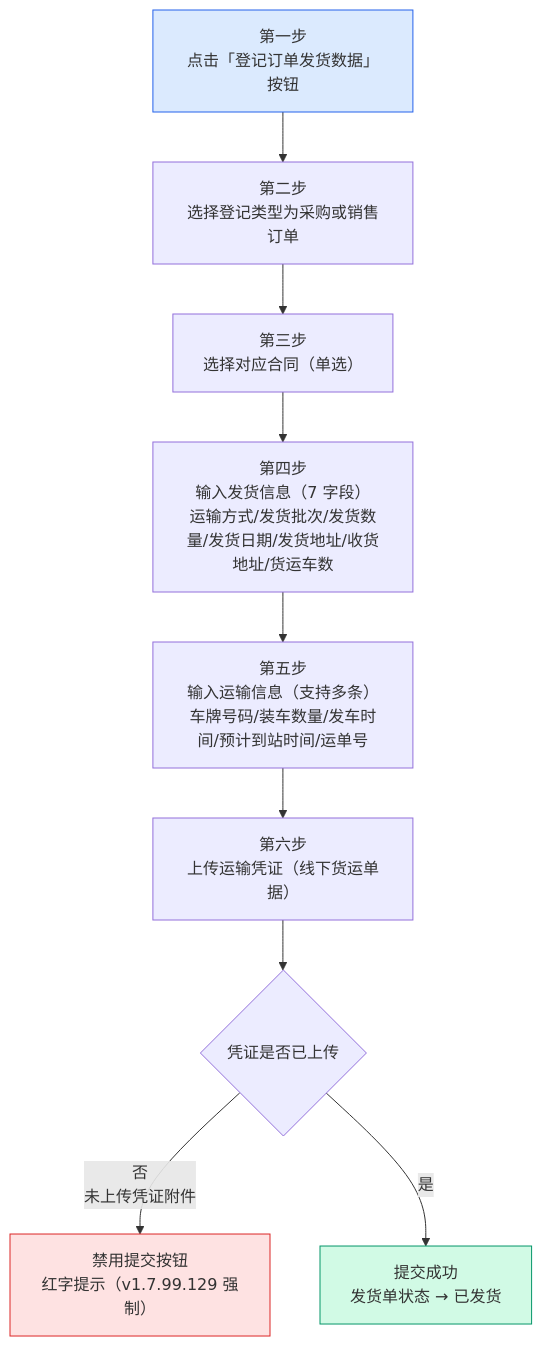
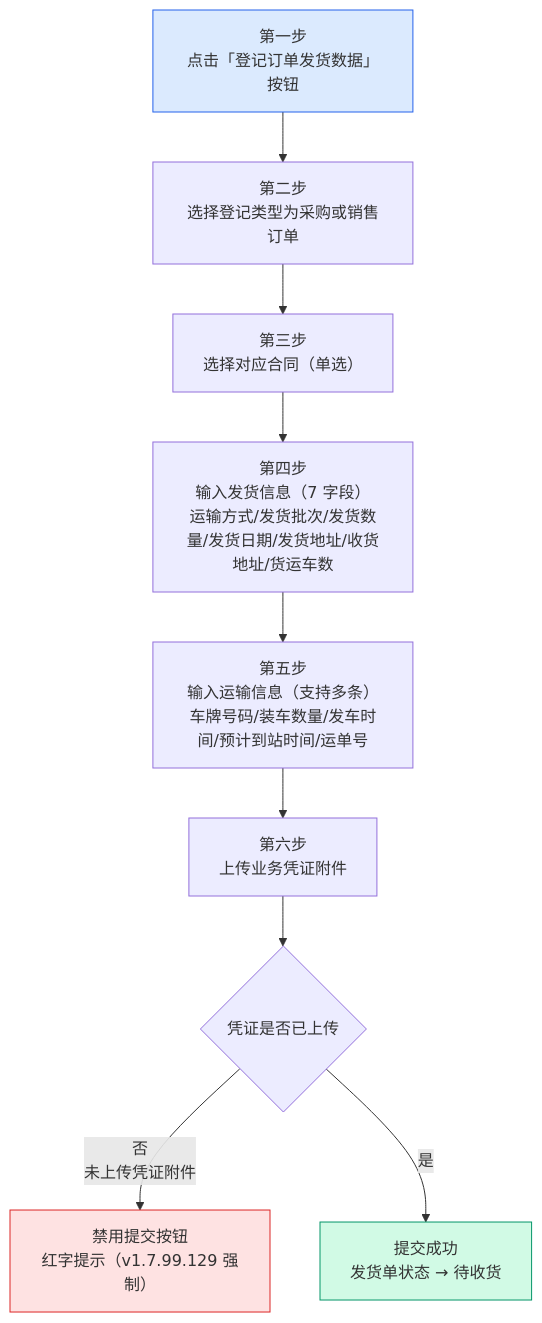
The second of 8 diagrams in docs-v2/02.05-收发货管理.md (Ummyue/gyt-admin), drawn with Mermaid before and after one commit. The commit also changed other lines of this file and 40 other files, not shown here.

````diff
--- a/docs-v2/02.05-收发货管理.md
+++ b/docs-v2/02.05-收发货管理.md
@@ -202,18 +243,18 @@
 ```mermaid
 flowchart TB
     A["第一步<br/>点击「登记订单发货数据」按钮"] --> B["第二步<br/>选择登记类型为采购或销售订单"]
     B --> C["第三步<br/>选择对应合同（单选）"]
     C --> D["第四步<br/>输入发货信息（7 字段）<br/>运输方式/发货批次/发货数量/发货日期/发货地址/收货地址/货运车数"]
     D --> E["第五步<br/>输入运输信息（支持多条）<br/>车牌号码/装车数量/发车时间/预计到站时间/运单号"]
-    E --> F["第六步<br/>上传运输凭证（线下货运单据）"]
+    E --> F["第六步<br/>上传业务凭证附件"]
     F --> G{"凭证是否已上传"}
     G -->|"否<br/>未上传凭证附件"| DANGER["禁用提交按钮<br/>红字提示（v1.7.99.129 强制）"]
-    G -->|"是"| END_OK["提交成功<br/>发货单状态 → 已发货"]
+    G -->|"是"| END_OK["提交成功<br/>发货单状态 → 待收货"]
 
     classDef start fill:#dbeafe,stroke:#2563eb
     classDef done fill:#d1fae5,stroke:#059669
     classDef danger fill:#fee2e2,stroke:#dc2626
     class A start
     class END_OK done
     class DANGER danger
 ```
````
